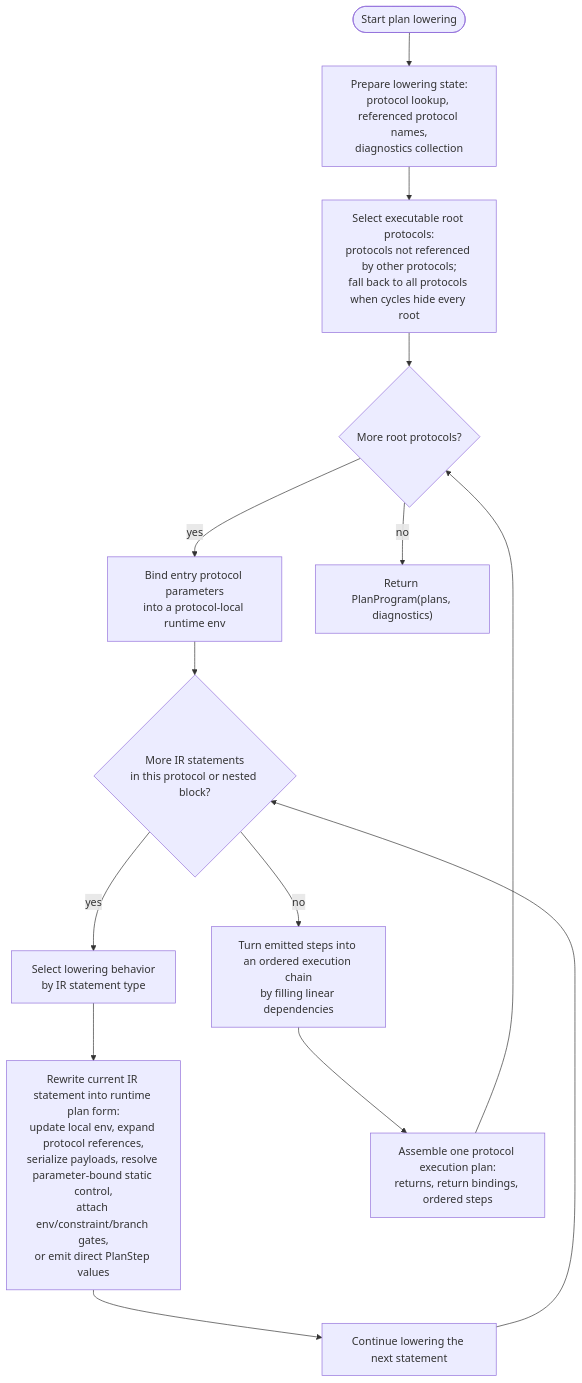
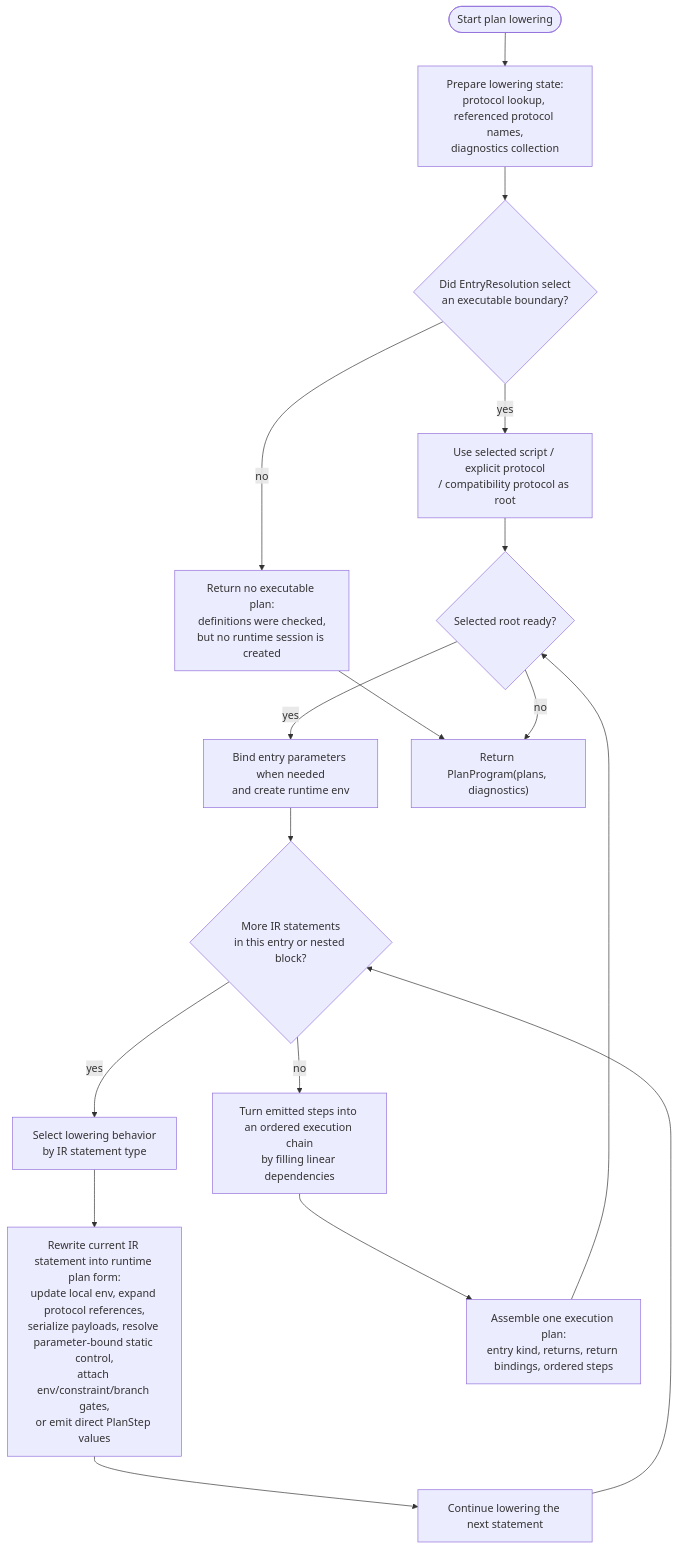
Before and after one commit to culsma/culsma: the first of 5 diagrams in docs/architecture/pipeline/plan_module_diagrams.md, drawn with Mermaid. The commit also changed other lines of this file and 30 other files, not shown here.

Commit message:
feat: separate script entry execution

````diff
--- a/docs/architecture/pipeline/plan_module_diagrams.md
+++ b/docs/architecture/pipeline/plan_module_diagrams.md
@@ -38,29 +38,34 @@
 ```mermaid
 flowchart TB
     Start(["Start plan lowering"])
     Init["Prepare lowering state:<br/>protocol lookup, referenced protocol names,<br/>diagnostics collection"]
-    Roots["Select executable root protocols:<br/>protocols not referenced by other protocols;<br/>fall back to all protocols when cycles hide every root"]
-    ProtocolLoop{"More root protocols?"}
-    Bind["Bind entry protocol parameters<br/>into a protocol-local runtime env"]
-    StatementLoop{"More IR statements<br/>in this protocol or nested block?"}
+    Entry{"Did EntryResolution select<br/>an executable boundary?"}
+    PickEntry["Use selected script / explicit protocol<br/>/ compatibility protocol as root"]
+    NoRun["Return no executable plan:<br/>definitions were checked,<br/>but no runtime session is created"]
+    ProtocolLoop{"Selected root ready?"}
+    Bind["Bind entry parameters when needed<br/>and create runtime env"]
+    StatementLoop{"More IR statements<br/>in this entry or nested block?"}
     Dispatch["Select lowering behavior<br/>by IR statement type"]
     LowerStmt["Rewrite current IR statement into runtime plan form:<br/>update local env, expand protocol references,<br/>serialize payloads, resolve parameter-bound static control,<br/>attach env/constraint/branch gates,<br/>or emit direct PlanStep values"]
     NextStmt["Continue lowering the next statement"]
     Linearize["Turn emitted steps into an ordered execution chain<br/>by filling linear dependencies"]
-    Build["Assemble one protocol execution plan:<br/>returns, return bindings, ordered steps"]
+    Build["Assemble one execution plan:<br/>entry kind, returns, return bindings, ordered steps"]
     Return["Return PlanProgram(plans, diagnostics)"]
 
     Start --> Init
-    Init --> Roots
-    Roots --> ProtocolLoop
+    Init --> Entry
+    Entry -->|yes| PickEntry
+    Entry -->|no| NoRun
+    NoRun --> Return
+    PickEntry --> ProtocolLoop
     ProtocolLoop -->|yes| Bind
     Bind --> StatementLoop
     StatementLoop -->|yes| Dispatch
     Dispatch --> LowerStmt
     LowerStmt --> NextStmt
     NextStmt --> StatementLoop
     StatementLoop -->|no| Linearize
     Linearize --> Build
     Build --> ProtocolLoop
     ProtocolLoop -->|no| Return
 ```
````
